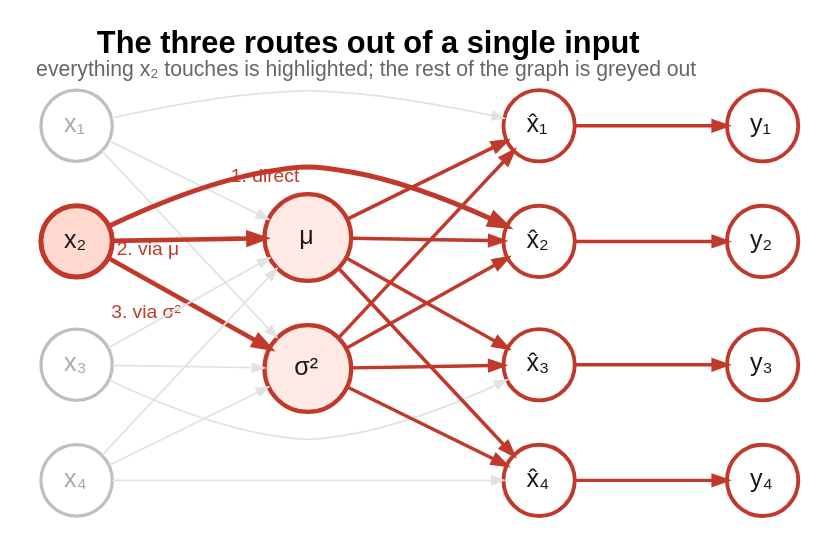
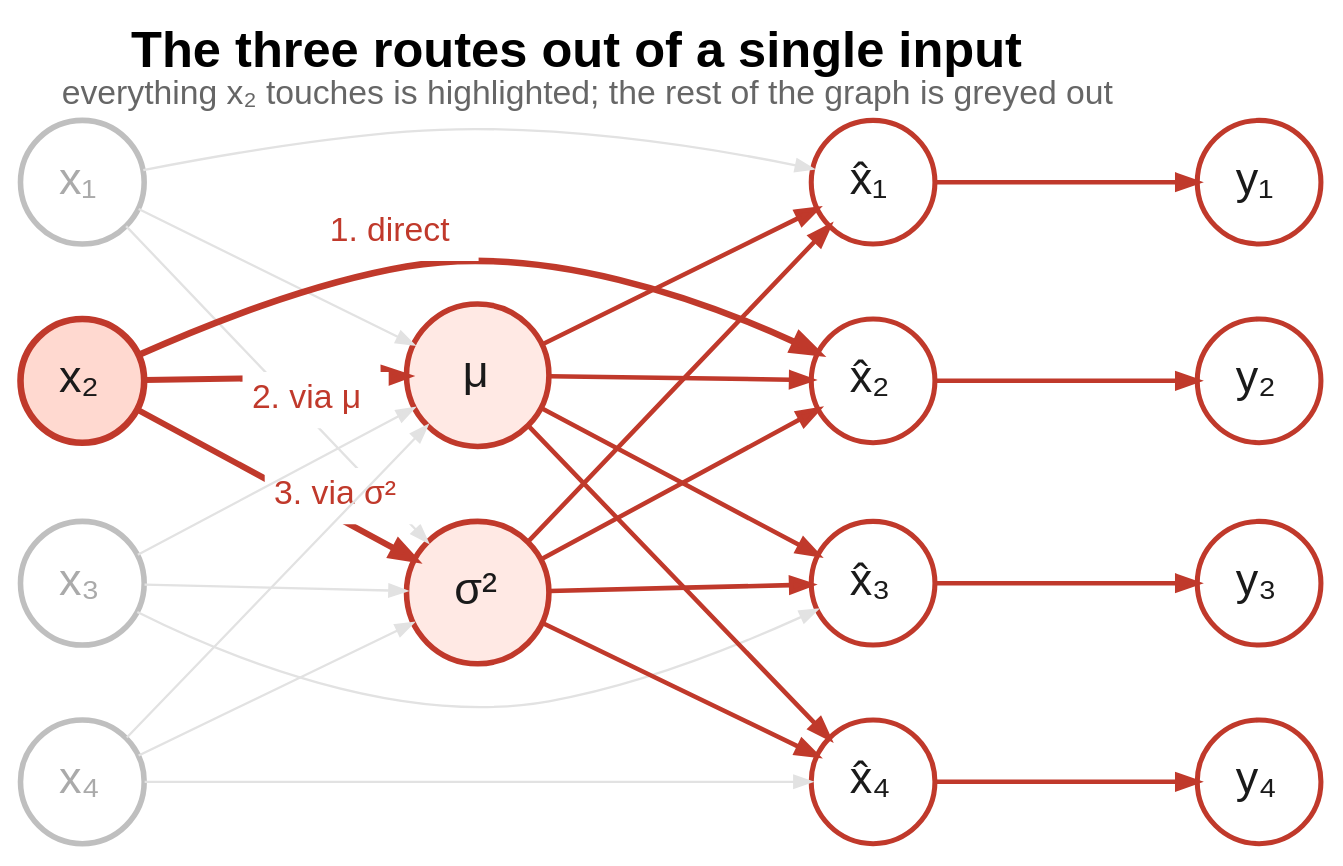
One commit to joelagnel/joelfernandes.org changed the diagram in scripts/bn-grad-graphviz/fanout.dot. Above: the diagram before and after it, drawn with Graphviz. The commit also changed 11 other files, not shown here.

```diff
--- a/scripts/bn-grad-graphviz/fanout.dot
+++ b/scripts/bn-grad-graphviz/fanout.dot
@@ -1,74 +1,74 @@
 digraph fanout {
   rankdir=LR;
   bgcolor="white";
   splines=true;
-  nodesep=0.32;
-  ranksep=1.10;
+  nodesep=0.55;
+  ranksep=1.95;
   fontname="Helvetica";
   margin="0.5,0.35";
 
-  node [fontname="Helvetica", fontsize=13, shape=circle, width=0.52,
-        fixedsize=true, penwidth=1.7, color="#bfbfbf", fontcolor="#aaaaaa"];
-  edge [fontname="Helvetica", fontsize=10, color="#e2e2e2",
-        arrowsize=0.6, penwidth=0.9];
+  node [fontname="Helvetica", fontsize=24, shape=circle, width=0.92,
+        fixedsize=true, penwidth=2.97, color="#bfbfbf", fontcolor="#aaaaaa"];
+  edge [fontname="Helvetica", fontsize=17, color="#e2e2e2",
+        arrowsize=0.90, penwidth=1.22];
 
-  label=<<font point-size="16"><b>The three routes out of a single input</b></font><br/><font point-size="11" color="#666666">everything x&#8322; touches is highlighted; the rest of the graph is greyed out</font>>;
+  label=<<font point-size="27"><b>The three routes out of a single input</b></font><br/><font point-size="18" color="#666666">everything x&#8322; touches is highlighted; the rest of the graph is greyed out</font>>;
   labelloc="t";
 
   { rank=same;
     x1 [label=<x&#8321;>];
     x2 [label=<x&#8322;>, color="#c0392b", fontcolor="#1a1a1a",
-        style=filled, fillcolor="#ffd9d0", penwidth=2.6];
+        style=filled, fillcolor="#ffd9d0", penwidth=3.51];
     x3 [label=<x&#8323;>];
     x4 [label=<x&#8324;>];
   }
   { rank=same;
-    mu  [label=<&mu;>,           width=0.62, color="#c0392b", fontcolor="#1a1a1a",
-         style=filled, fillcolor="#ffe9e4", penwidth=2.2];
-    sig [label=<&sigma;&sup2;>,  width=0.62, color="#c0392b", fontcolor="#1a1a1a",
-         style=filled, fillcolor="#ffe9e4", penwidth=2.2];
+    mu  [label=<&mu;>,           width=1.06, color="#c0392b", fontcolor="#1a1a1a",
+         style=filled, fillcolor="#ffe9e4", penwidth=2.97];
+    sig [label=<&sigma;&sup2;>,  width=1.06, color="#c0392b", fontcolor="#1a1a1a",
+         style=filled, fillcolor="#ffe9e4", penwidth=2.97];
   }
   { rank=same;
-    h1 [label=<x&#770;&#8321;>, color="#c0392b", fontcolor="#1a1a1a", penwidth=2.0];
-    h2 [label=<x&#770;&#8322;>, color="#c0392b", fontcolor="#1a1a1a", penwidth=2.0];
-    h3 [label=<x&#770;&#8323;>, color="#c0392b", fontcolor="#1a1a1a", penwidth=2.0];
-    h4 [label=<x&#770;&#8324;>, color="#c0392b", fontcolor="#1a1a1a", penwidth=2.0];
+    h1 [label=<x&#770;&#8321;>, color="#c0392b", fontcolor="#1a1a1a", penwidth=2.70];
+    h2 [label=<x&#770;&#8322;>, color="#c0392b", fontcolor="#1a1a1a", penwidth=2.70];
+    h3 [label=<x&#770;&#8323;>, color="#c0392b", fontcolor="#1a1a1a", penwidth=2.70];
+    h4 [label=<x&#770;&#8324;>, color="#c0392b", fontcolor="#1a1a1a", penwidth=2.70];
   }
   { rank=same;
-    y1 [label=<y&#8321;>, color="#c0392b", fontcolor="#1a1a1a", penwidth=2.0];
-    y2 [label=<y&#8322;>, color="#c0392b", fontcolor="#1a1a1a", penwidth=2.0];
-    y3 [label=<y&#8323;>, color="#c0392b", fontcolor="#1a1a1a", penwidth=2.0];
-    y4 [label=<y&#8324;>, color="#c0392b", fontcolor="#1a1a1a", penwidth=2.0];
+    y1 [label=<y&#8321;>, color="#c0392b", fontcolor="#1a1a1a", penwidth=2.70];
+    y2 [label=<y&#8322;>, color="#c0392b", fontcolor="#1a1a1a", penwidth=2.70];
+    y3 [label=<y&#8323;>, color="#c0392b", fontcolor="#1a1a1a", penwidth=2.70];
+    y4 [label=<y&#8324;>, color="#c0392b", fontcolor="#1a1a1a", penwidth=2.70];
   }
 
   // greyed-out background structure
   x1 -> mu; x3 -> mu; x4 -> mu;
   x1 -> sig; x3 -> sig; x4 -> sig;
   x1 -> h1; x3 -> h3; x4 -> h4;
 
   // ---- route 1: direct
-  x2 -> h2 [color="#c0392b", penwidth=2.6, arrowsize=0.85,
-            xlabel=<1. direct>, fontcolor="#c0392b"];
+  x2 -> h2 [color="#c0392b", penwidth=3.51, arrowsize=1.27,
+            xlabel=<<table border="0" cellborder="0" cellpadding="3" bgcolor="white"><tr><td><font color="#c0392b" point-size="18">1. direct</font></td></tr></table>>, fontcolor="#c0392b"];
 
   // ---- route 2: through the mean
-  x2 -> mu [color="#c0392b", penwidth=2.4, arrowsize=0.8,
-            xlabel=<2. via &mu;>, fontcolor="#c0392b"];
-  mu -> h1 [color="#c0392b", penwidth=1.8, arrowsize=0.7];
-  mu -> h2 [color="#c0392b", penwidth=1.8, arrowsize=0.7];
-  mu -> h3 [color="#c0392b", penwidth=1.8, arrowsize=0.7];
-  mu -> h4 [color="#c0392b", penwidth=1.8, arrowsize=0.7];
+  x2 -> mu [color="#c0392b", penwidth=3.24, arrowsize=1.20,
+            headlabel=<<table border="0" cellborder="0" cellpadding="3" bgcolor="white"><tr><td><font color="#c0392b" point-size="18">2. via &#956;</font></td></tr></table>>, labeldistance=5.0, labelangle=14, fontcolor="#c0392b"];
+  mu -> h1 [color="#c0392b", penwidth=2.43, arrowsize=1.05];
+  mu -> h2 [color="#c0392b", penwidth=2.43, arrowsize=1.05];
+  mu -> h3 [color="#c0392b", penwidth=2.43, arrowsize=1.05];
+  mu -> h4 [color="#c0392b", penwidth=2.43, arrowsize=1.05];
 
   // ---- route 3: through the variance
-  x2 -> sig [color="#c0392b", penwidth=2.4, arrowsize=0.8,
-             xlabel=<3. via &sigma;&sup2;>, fontcolor="#c0392b"];
-  sig -> h1 [color="#c0392b", penwidth=1.8, arrowsize=0.7];
-  sig -> h2 [color="#c0392b", penwidth=1.8, arrowsize=0.7];
-  sig -> h3 [color="#c0392b", penwidth=1.8, arrowsize=0.7];
-  sig -> h4 [color="#c0392b", penwidth=1.8, arrowsize=0.7];
+  x2 -> sig [color="#c0392b", penwidth=3.24, arrowsize=1.20,
+             headlabel=<<table border="0" cellborder="0" cellpadding="3" bgcolor="white"><tr><td><font color="#c0392b" point-size="18">3. via &#963;&#178;</font></td></tr></table>>, labeldistance=5.0, labelangle=-14, fontcolor="#c0392b"];
+  sig -> h1 [color="#c0392b", penwidth=2.43, arrowsize=1.05];
+  sig -> h2 [color="#c0392b", penwidth=2.43, arrowsize=1.05];
+  sig -> h3 [color="#c0392b", penwidth=2.43, arrowsize=1.05];
+  sig -> h4 [color="#c0392b", penwidth=2.43, arrowsize=1.05];
 
   // every normalized value reaches the loss
-  h1 -> y1 [color="#c0392b", penwidth=1.8, arrowsize=0.7];
-  h2 -> y2 [color="#c0392b", penwidth=1.8, arrowsize=0.7];
-  h3 -> y3 [color="#c0392b", penwidth=1.8, arrowsize=0.7];
-  h4 -> y4 [color="#c0392b", penwidth=1.8, arrowsize=0.7];
+  h1 -> y1 [color="#c0392b", penwidth=2.43, arrowsize=1.05];
+  h2 -> y2 [color="#c0392b", penwidth=2.43, arrowsize=1.05];
+  h3 -> y3 [color="#c0392b", penwidth=2.43, arrowsize=1.05];
+  h4 -> y4 [color="#c0392b", penwidth=2.43, arrowsize=1.05];
 }
```
